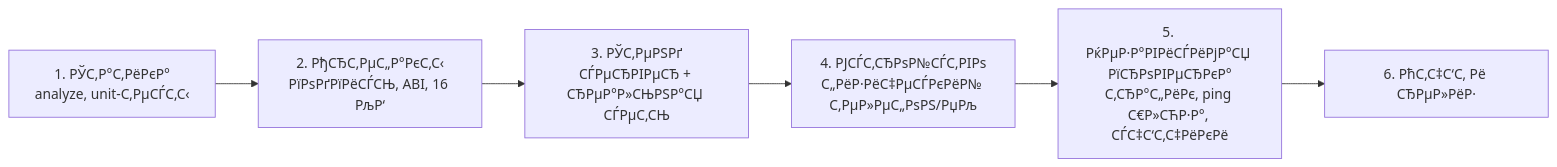
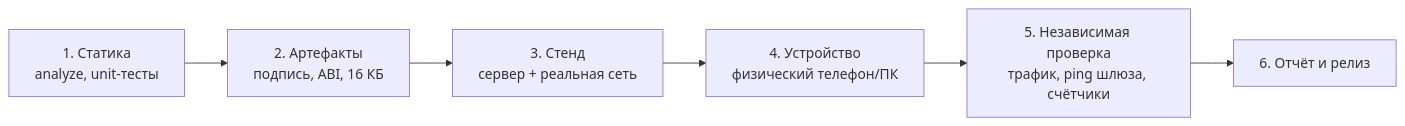
The fourth of 4 diagrams in README.ru.md (rukazax/xio_vpn), drawn with Mermaid before and after one commit. The commit also changed other lines of this file and 5 other files, not shown here.

````diff
--- a/README.ru.md
+++ b/README.ru.md
@@ -142,8 +170,8 @@
 ```mermaid
 flowchart LR
-  S1["1. РЎС‚Р°С‚РёРєР°<br/>analyze, unit-С‚РµСЃС‚С‹"] --> S2["2. РђСЂС‚РµС„Р°РєС‚С‹<br/>РїРѕРґРїРёСЃСЊ, ABI, 16 РљР‘"]
-  S2 --> S3["3. РЎС‚РµРЅРґ<br/>СЃРµСЂРІРµСЂ + СЂРµР°Р»СЊРЅР°СЏ СЃРµС‚СЊ"]
-  S3 --> S4["4. РЈСЃС‚СЂРѕР№СЃС‚РІРѕ<br/>С„РёР·РёС‡РµСЃРєРёР№ С‚РµР»РµС„РѕРЅ/РџРљ"]
-  S4 --> S5["5. РќРµР·Р°РІРёСЃРёРјР°СЏ РїСЂРѕРІРµСЂРєР°<br/>С‚СЂР°С„РёРє, ping С€Р»СЋР·Р°, СЃС‡С‘С‚С‡РёРєРё"]
-  S5 --> S6["6. РћС‚С‡С‘С‚ Рё СЂРµР»РёР·"]
+  S1["1. Статика<br/>analyze, unit-тесты"] --> S2["2. Артефакты<br/>подпись, ABI, 16 КБ"]
+  S2 --> S3["3. Стенд<br/>сервер + реальная сеть"]
+  S3 --> S4["4. Устройство<br/>физический телефон/ПК"]
+  S4 --> S5["5. Независимая проверка<br/>трафик, ping шлюза, счётчики"]
+  S5 --> S6["6. Отчёт и релиз"]
 ```
````
